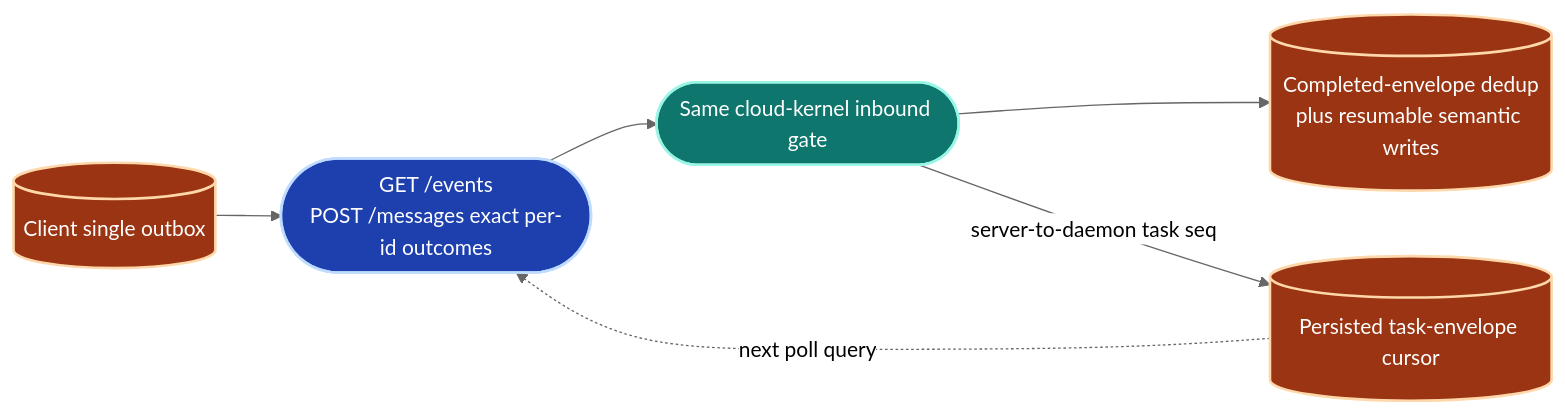
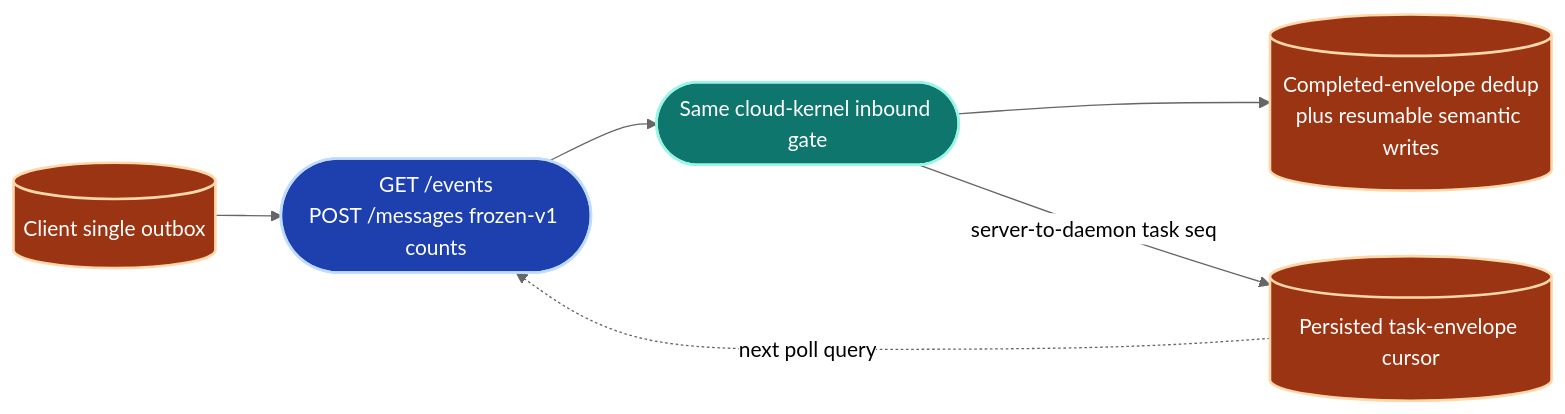
One commit to Ancienttwo/byok-sdk changed diagram 13 of 23 in docs/architecture/sdk-architecture.md. Above: the diagram before and after it, drawn with Mermaid (neutral theme). The commit also changed other lines of this file and 4 other files, not shown here.

````diff
--- a/docs/architecture/sdk-architecture.md
+++ b/docs/architecture/sdk-architecture.md
@@ -860,17 +860,17 @@
 ```mermaid
 flowchart LR
   classDef primary fill:#1e40af,stroke:#bfdbfe,stroke-width:2px,color:#fff
   classDef store fill:#9a3412,stroke:#fed7aa,stroke-width:2px,color:#fff
   classDef gate fill:#0f766e,stroke:#99f6e4,stroke-width:2px,color:#fff
 
   Outbox[("Client single outbox")]:::store
-  Poll(["GET /events<br/>POST /messages exact per-id outcomes"]):::primary
+  Poll(["GET /events<br/>POST /messages frozen-v1 counts"]):::primary
   Cloud(["Same cloud-kernel inbound gate"]):::gate
   Cursor[("Persisted task-envelope cursor")]:::store
   Dedup[("Completed-envelope dedup<br/>plus resumable semantic writes")]:::store
 
   Outbox --> Poll --> Cloud
   Cloud --> Dedup
   Cloud -->|"server-to-daemon task seq"| Cursor
   Cursor -.->|"next poll query"| Poll
 ```
````
